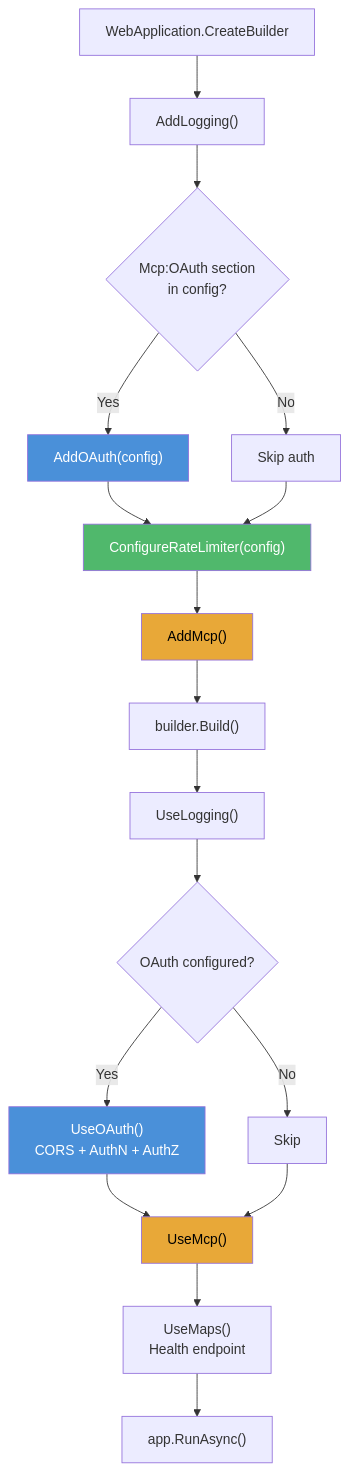
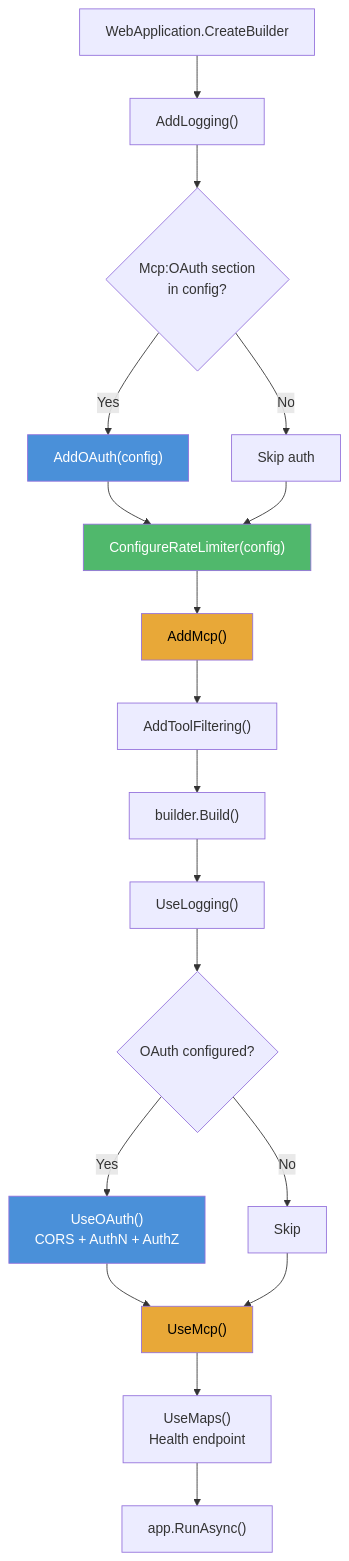
Before and after one commit to logichaos/McpPrimitiveFilters: the second of 5 diagrams in README.md, drawn with Mermaid. The commit also changed other lines of this file and 1 other file, not shown here.

````diff
--- a/README.md
+++ b/README.md
@@ -274,25 +279,26 @@
 ```mermaid
 flowchart TD
     A[WebApplication.CreateBuilder] --> B["AddLogging()"]
     B --> C{"Mcp:OAuth section<br/>in config?"}
     C -->|Yes| D["AddOAuth(config)"]
     C -->|No| E["Skip auth"]
     D --> F["ConfigureRateLimiter(config)"]
     E --> F
     F --> G["AddMcp()"]
-    G --> H["builder.Build()"]
+    G --> G2["AddToolFiltering()"]
+    G2 --> H["builder.Build()"]
     H --> I["UseLogging()"]
     I --> J{"OAuth configured?"}
     J -->|Yes| K["UseOAuth()<br/>CORS + AuthN + AuthZ"]
     J -->|No| L["Skip"]
     K --> M["UseMcp()"]
     L --> M
     M --> N["UseMaps()<br/>Health endpoint"]
     N --> O["app.RunAsync()"]
 
     style D fill:#4a90d9,color:#fff
     style F fill:#50b86c,color:#fff
     style G fill:#e8a838,color:#000
     style K fill:#4a90d9,color:#fff
     style M fill:#e8a838,color:#000
 ```
````
